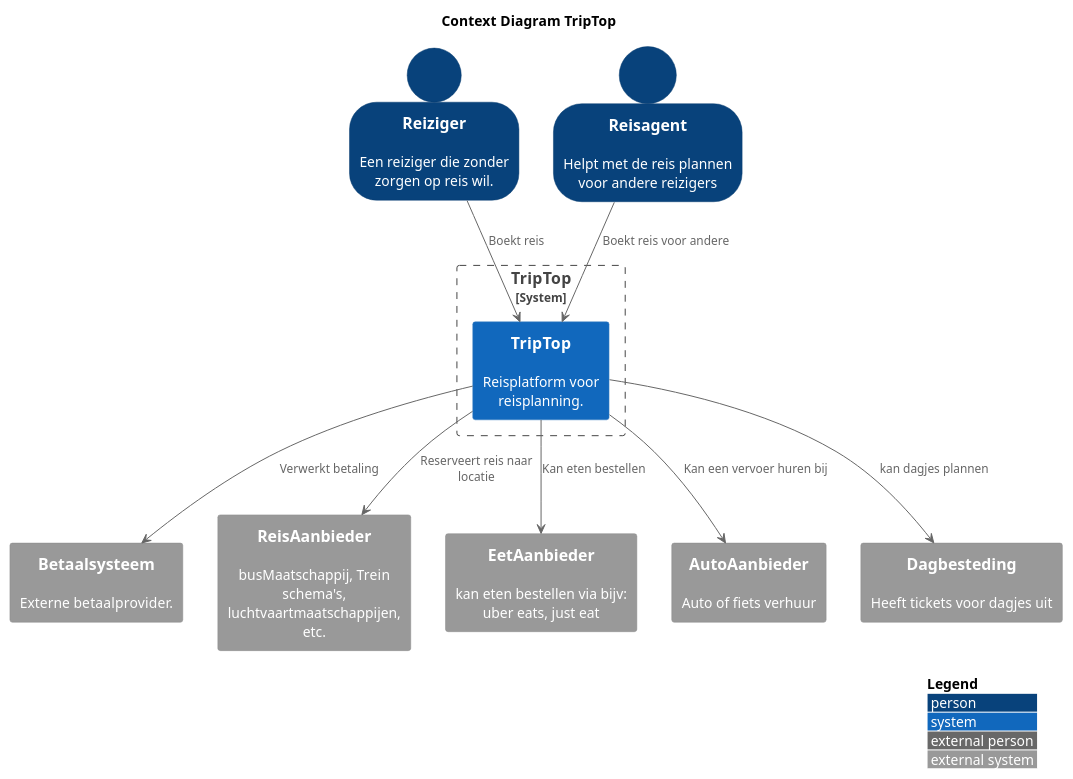
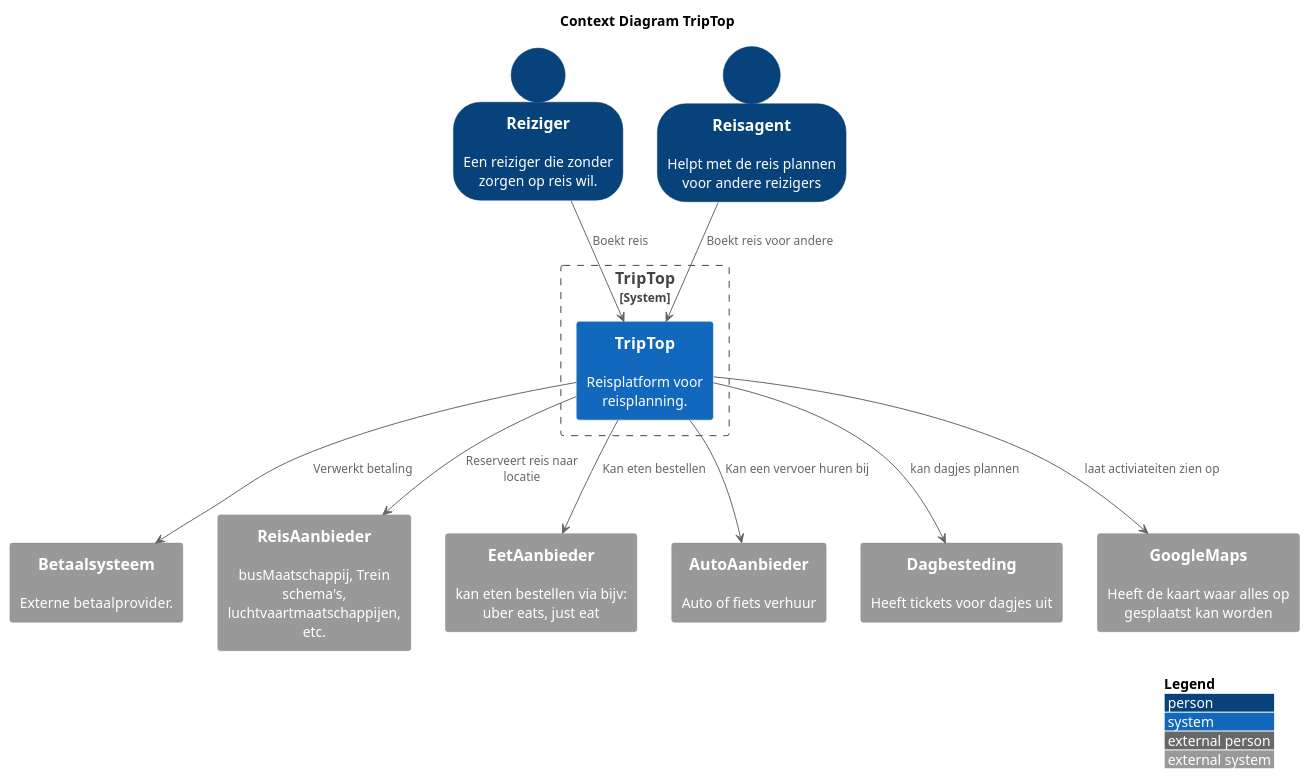
One commit to AIM-ENE-feb25/triptop-jrn changed the diagram in opdracht-diagrammen/ContextDiagramRob.puml. Above: the diagram before and after it, drawn with PlantUML. The commit also changed 1 other file, not shown here.

```diff
--- a/opdracht-diagrammen/ContextDiagramRob.puml
+++ b/opdracht-diagrammen/ContextDiagramRob.puml
@@ -1,32 +1,34 @@
 @startuml
 !include https://raw.githubusercontent.com/plantuml-stdlib/C4-PlantUML/master/C4_Context.puml
 
 
 title Context Diagram TripTop
 
 LAYOUT_WITH_LEGEND()
 
 SHOW_PERSON_OUTLINE()
 Person(Reiziger, "Reiziger", "Een reiziger die zonder zorgen op reis wil.")
 Person(Reisagent, "Reisagent", "Helpt met de reis plannen voor andere reizigers")
 
 System_Boundary(triptop_core, "TripTop") {
     System(triptop, "TripTop", "Reisplatform voor reisplanning.")
 }
 
 System_Ext(betaalsysteem, "Betaalsysteem", "Externe betaalprovider.")
 System_Ext(reisAanbieder, "ReisAanbieder", "busMaatschappij, Trein schema's, luchtvaartmaatschappijen, etc.")
 System_Ext(etenAanbieder, "EetAanbieder", "kan eten bestellen via bijv: uber eats, just eat")
 System_Ext(AutoAanbieder, "AutoAanbieder", "Auto of fiets verhuur")
 System_Ext(Dagbesteding, "Dagbesteding", "Heeft tickets voor dagjes uit")
+System_Ext(GoogleMaps, "GoogleMaps", Heeft de kaart waar alles op gesplaatst kan worden)
 
 Reiziger --> triptop : Boekt reis
 Reisagent --> triptop : Boekt reis voor andere
 
 
 triptop --> betaalsysteem : Verwerkt betaling
 triptop --> reisAanbieder : Reserveert reis naar locatie
 triptop --> etenAanbieder : Kan eten bestellen
 triptop --> AutoAanbieder : Kan een vervoer huren bij
 triptop --> Dagbesteding : kan dagjes plannen
+triptop --> GoogleMaps : laat activiateiten zien op
 @enduml
```
